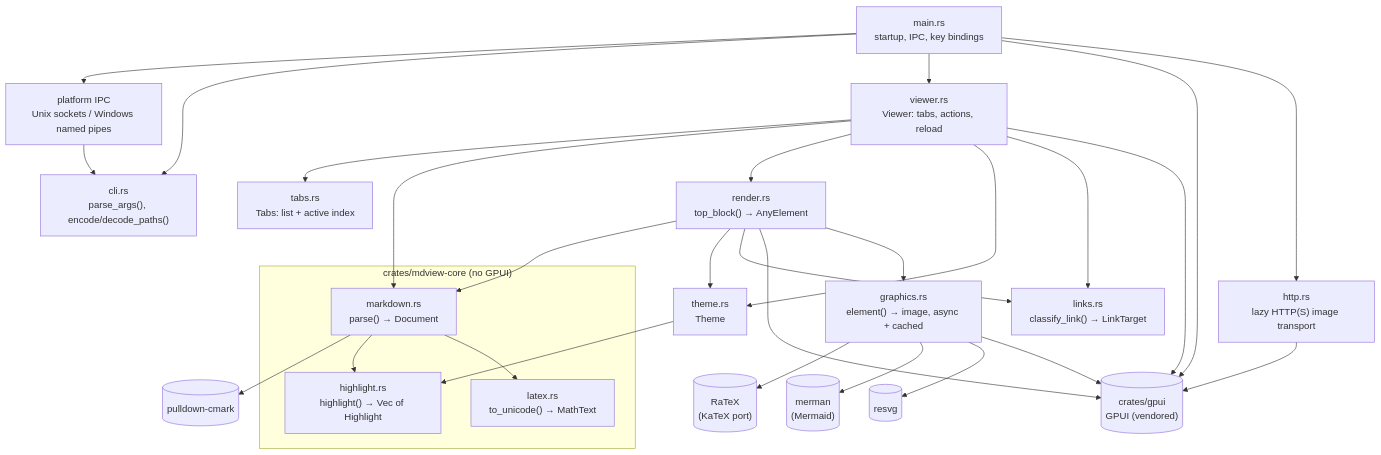
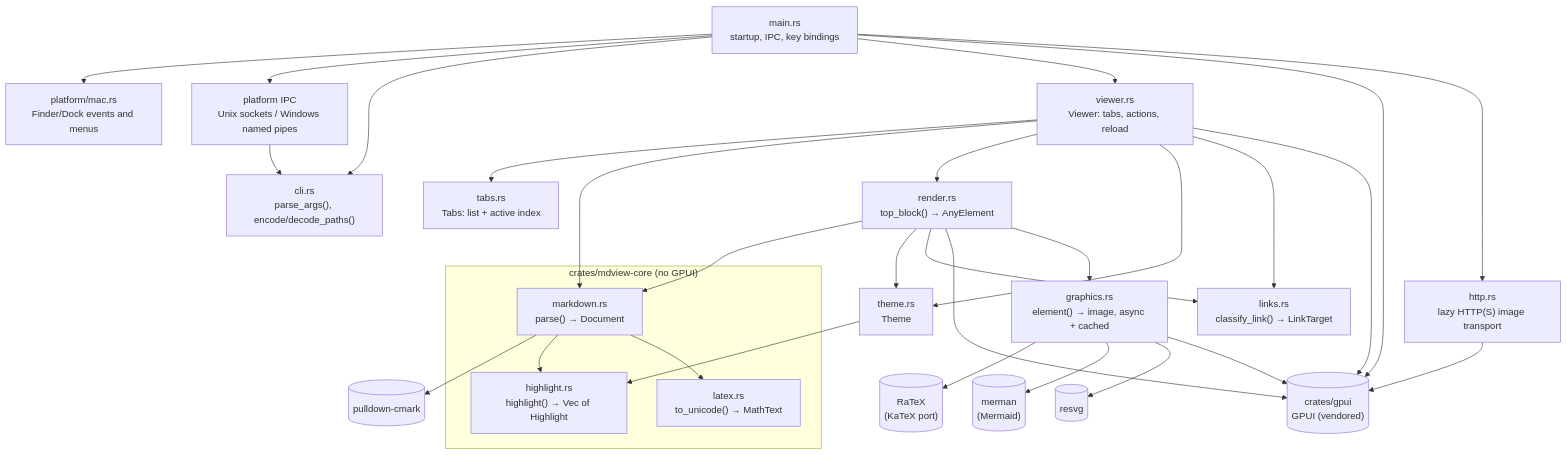
Before and after one commit to JorgeAgar/markdown-viewer-zed: the first of 6 diagrams in docs/architecture.md, drawn with Mermaid. The commit also changed other lines of this file and 18 other files, not shown here.

````diff
--- a/docs/architecture.md
+++ b/docs/architecture.md
@@ -31,50 +31,52 @@
 ```mermaid
 flowchart TD
     main["main.rs<br/>startup, IPC, key bindings"]
     cli["cli.rs<br/>parse_args(), encode/decode_paths()"]
     viewer["viewer.rs<br/>Viewer: tabs, actions, reload"]
     tabs["tabs.rs<br/>Tabs: list + active index"]
     subgraph core["crates/mdview-core (no GPUI)"]
         markdown["markdown.rs<br/>parse() → Document"]
         highlight["highlight.rs<br/>highlight() → Vec of Highlight"]
         latex["latex.rs<br/>to_unicode() → MathText"]
     end
     graphics["graphics.rs<br/>element() → image, async + cached"]
     ratex[("RaTeX<br/>(KaTeX port)")]
     merman[("merman<br/>(Mermaid)")]
     resvg[("resvg")]
     render["render.rs<br/>top_block() → AnyElement"]
     links["links.rs<br/>classify_link() → LinkTarget"]
     theme["theme.rs<br/>Theme"]
     gpui[("crates/gpui<br/>GPUI (vendored)")]
     cmark[("pulldown-cmark")]
 
     ipc["platform IPC<br/>Unix sockets / Windows named pipes"]
+    mac["platform/mac.rs<br/>Finder/Dock events and menus"]
+    main --> mac
     main --> ipc
     ipc --> cli
     main --> cli
     main --> viewer
     viewer --> tabs
     main --> gpui
     viewer --> markdown
     viewer --> render
     viewer --> theme
     render --> markdown
     render --> theme
     render --> links
     viewer --> links
     http["http.rs<br/>lazy HTTP(S) image transport"]
     main --> http
     http --> gpui
     render --> gpui
     viewer --> gpui
     markdown --> cmark
     markdown --> highlight
     markdown --> latex
     theme --> highlight
     render --> graphics
     graphics --> ratex
     graphics --> merman
     graphics --> resvg
     graphics --> gpui
 ```
````
